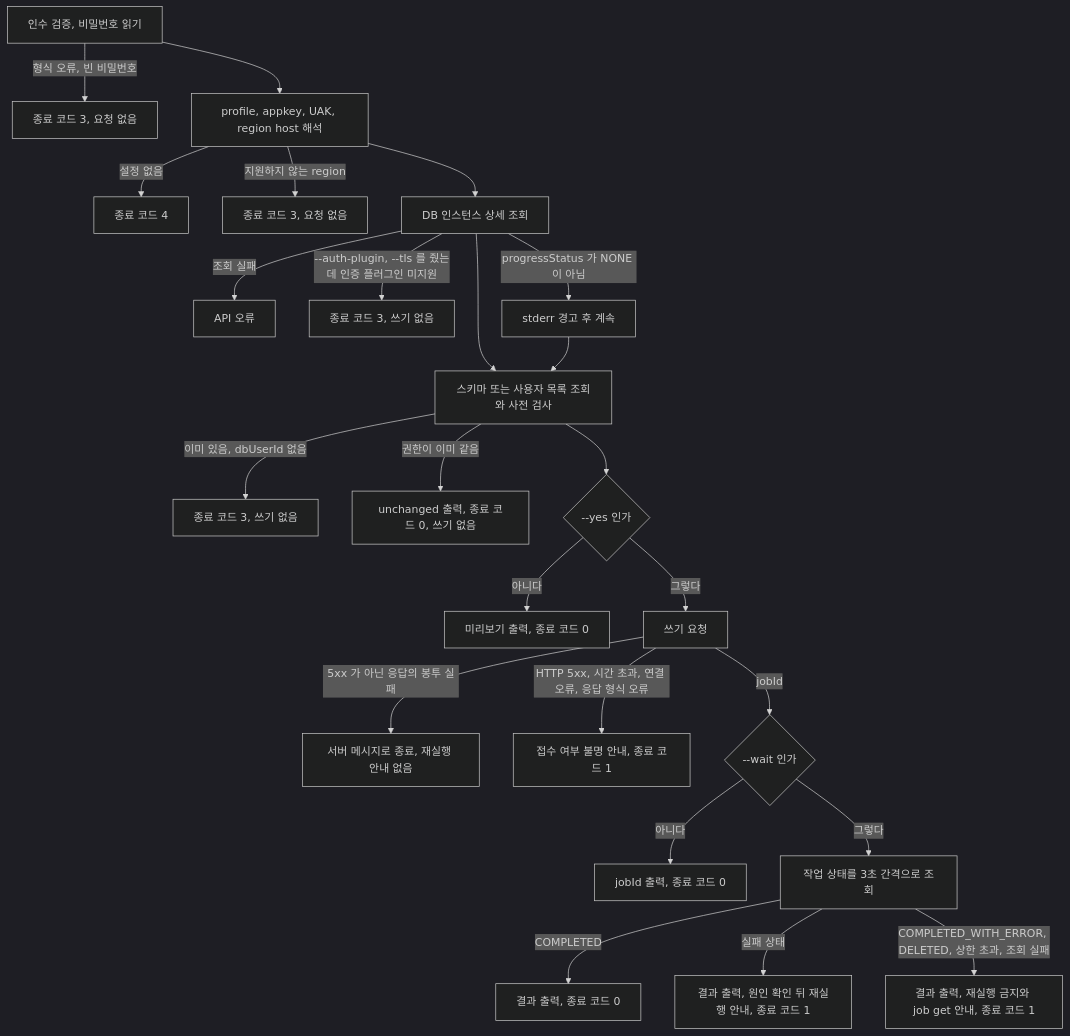
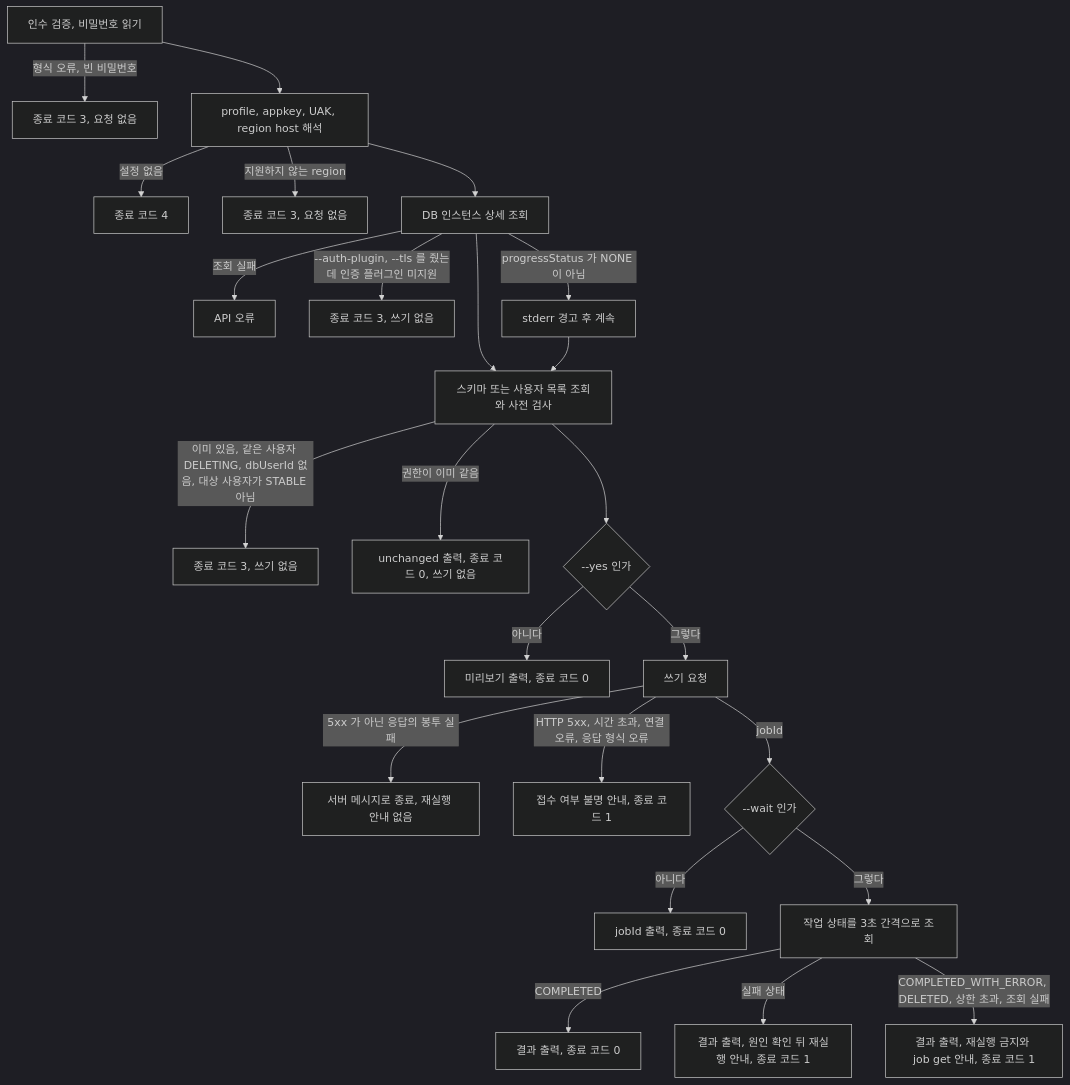
One commit to huneea/nhncloud-cli changed the third of 4 diagrams in docs/flow.md. Above: the diagram before and after it, drawn with Mermaid (dark theme). The commit also changed other lines of this file and 4 other files, not shown here.

First line of the commit message:
fix(rds-mysql): 리뷰 반영 - DB 사용자 사전 검사가 dbUserStatus 를 본다

````diff
--- a/docs/flow.md
+++ b/docs/flow.md
@@ -298,26 +298,26 @@
 ```mermaid
 flowchart TD
   A[인수 검증, 비밀번호 읽기] -->|형식 오류, 빈 비밀번호| E3[종료 코드 3, 요청 없음]
   A --> B[profile, appkey, UAK, region host 해석]
   B -->|설정 없음| E4[종료 코드 4]
   B -->|지원하지 않는 region| E3r[종료 코드 3, 요청 없음]
   B --> C[DB 인스턴스 상세 조회]
   C -->|조회 실패| E1[API 오류]
   C -->|--auth-plugin, --tls 를 줬는데 인증 플러그인 미지원| E3p[종료 코드 3, 쓰기 없음]
   C -->|progressStatus 가 NONE 이 아님| W[stderr 경고 후 계속]
   C --> D[스키마 또는 사용자 목록 조회와 사전 검사]
   W --> D
-  D -->|이미 있음, dbUserId 없음| E3b[종료 코드 3, 쓰기 없음]
+  D -->|이미 있음, 같은 사용자 DELETING, dbUserId 없음, 대상 사용자가 STABLE 아님| E3b[종료 코드 3, 쓰기 없음]
   D -->|권한이 이미 같음| U[unchanged 출력, 종료 코드 0, 쓰기 없음]
   D --> F{--yes 인가}
   F -->|아니다| P[미리보기 출력, 종료 코드 0]
   F -->|그렇다| G[쓰기 요청]
   G -->|5xx 가 아닌 응답의 봉투 실패| K[서버 메시지로 종료, 재실행 안내 없음]
   G -->|HTTP 5xx, 시간 초과, 연결 오류, 응답 형식 오류| X[접수 여부 불명 안내, 종료 코드 1]
   G -->|jobId| H{--wait 인가}
   H -->|아니다| R[jobId 출력, 종료 코드 0]
   H -->|그렇다| J[작업 상태를 3초 간격으로 조회]
   J -->|COMPLETED| OK[결과 출력, 종료 코드 0]
   J -->|실패 상태| FAIL[결과 출력, 원인 확인 뒤 재실행 안내, 종료 코드 1]
   J -->|COMPLETED_WITH_ERROR, DELETED, 상한 초과, 조회 실패| UNK[결과 출력, 재실행 금지와 job get 안내, 종료 코드 1]
 ```
````
